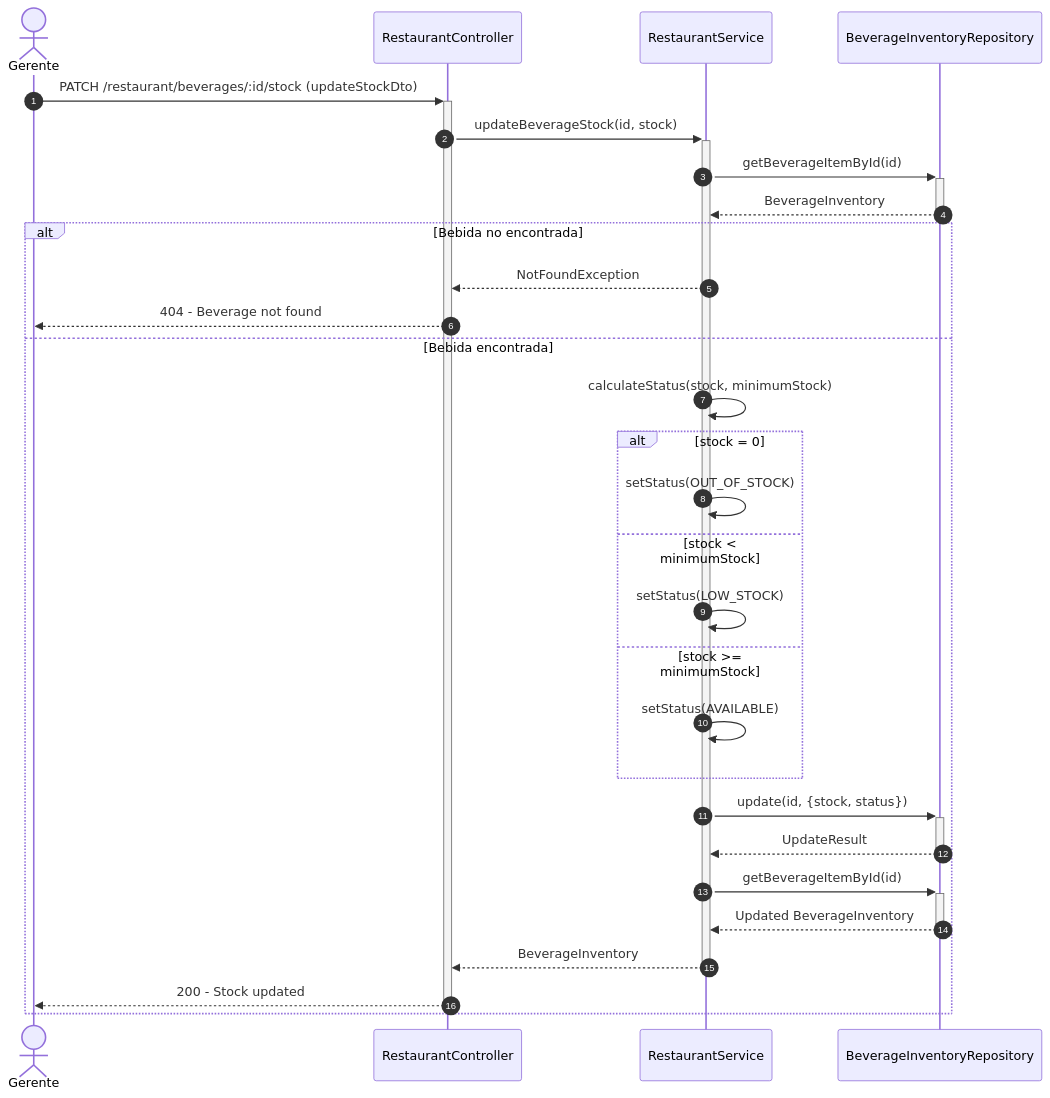
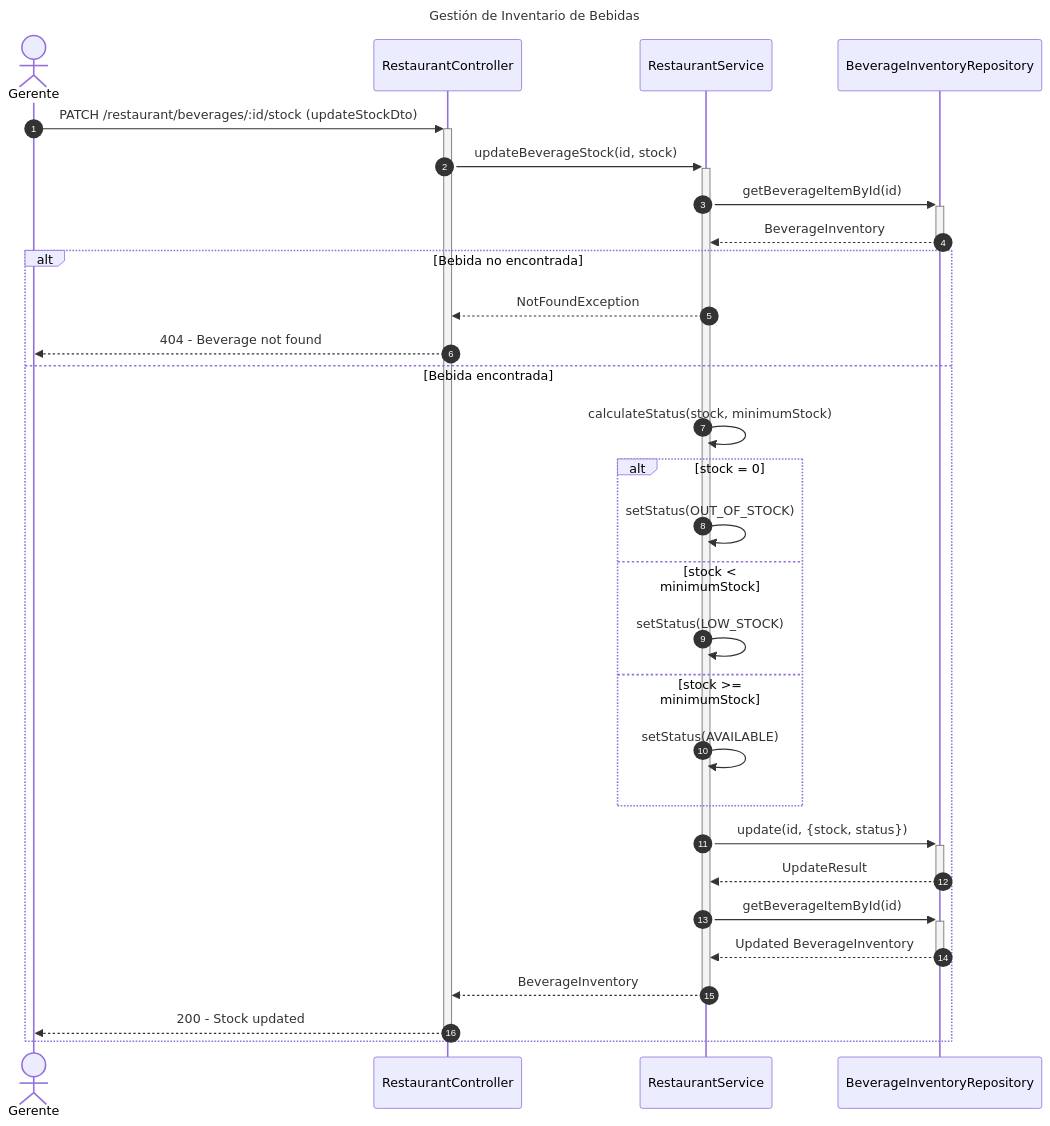
One commit to Nick220505/hotelier-backend changed the fifth of 7 diagrams in diagrams/sequence/restaurant-sequence-diagram.md. Above: the diagram before and after it, drawn with Mermaid. The commit also changed other lines of this file and 5 other files, not shown here.

Commit message:
Add titles to sequence diagrams for Billing, Employees, Inventory, Reservations, Restaurant, and Users modules

````diff
--- a/diagrams/sequence/restaurant-sequence-diagram.md
+++ b/diagrams/sequence/restaurant-sequence-diagram.md
@@ -133,38 +145,41 @@
 ```mermaid
+---
+title: Gestión de Inventario de Bebidas
+---
 sequenceDiagram
     autonumber
     actor Gerente
     participant Controller as RestaurantController
     participant Service as RestaurantService
     participant BeverageRepo as BeverageInventoryRepository
 
     Gerente->>+Controller: PATCH /restaurant/beverages/:id/stock (updateStockDto)
     Controller->>+Service: updateBeverageStock(id, stock)
     
     Service->>+BeverageRepo: getBeverageItemById(id)
     BeverageRepo-->>-Service: BeverageInventory
     
     alt Bebida no encontrada
         Service-->>Controller: NotFoundException
         Controller-->>Gerente: 404 - Beverage not found
     else Bebida encontrada
         Service->>Service: calculateStatus(stock, minimumStock)
         
         alt stock = 0
             Service->>Service: setStatus(OUT_OF_STOCK)
         else stock < minimumStock
             Service->>Service: setStatus(LOW_STOCK)
         else stock >= minimumStock
             Service->>Service: setStatus(AVAILABLE)
         end
         
         Service->>+BeverageRepo: update(id, {stock, status})
         BeverageRepo-->>-Service: UpdateResult
         
         Service->>+BeverageRepo: getBeverageItemById(id)
         BeverageRepo-->>-Service: Updated BeverageInventory
         
         Service-->>-Controller: BeverageInventory
         Controller-->>-Gerente: 200 - Stock updated
     end
 ```
````
